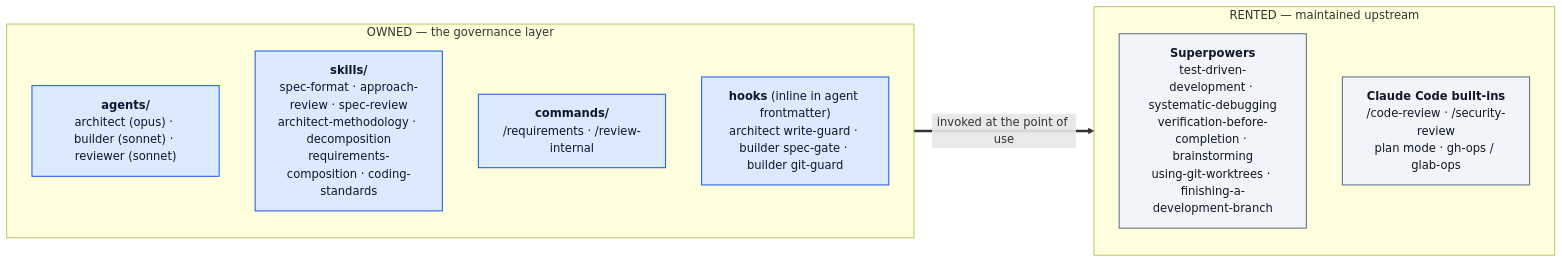
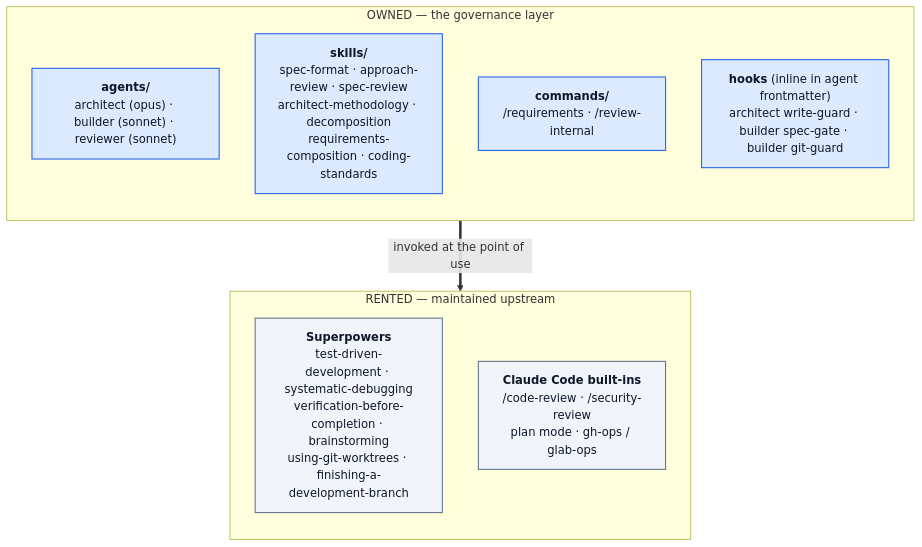
One commit to AmirAnckonina/aa-agentic-workflow changed the diagram in docs/DESIGN.md. Above: the diagram before and after it, drawn with Mermaid. The commit also changed 2 other files, not shown here.

Commit message:
Return docs diagrams to vertical — GitHub scales wide LR bands unreadably small
GitHub fits mermaid SVGs to page width, so the 2500px-wide LR bands
rendered at ~33% scale with illegible text; vertical diagrams render at
natural size. Reverted README pipeline, WORKFLOW routing, and the DESIGN
ownership map to top-down, keeping the LR round's text fixes and
compacting the layout: README drops from 1940px to 1474px tall (brief on
an edge label, /requirements beside the entry instead of above it), and
every @agent / /command mention now sits bold on its own line.

````diff
--- a/docs/DESIGN.md
+++ b/docs/DESIGN.md
@@ -44,23 +44,23 @@
 ```mermaid
-flowchart LR
+flowchart TB
     subgraph OWN["OWNED — the governance layer"]
         direction TB
         AG["<b>agents/</b><br/>architect (opus) · builder (sonnet) · reviewer (sonnet)"]
         SK["<b>skills/</b><br/>spec-format · approach-review · spec-review<br/>architect-methodology · decomposition<br/>requirements-composition · coding-standards"]
         CM["<b>commands/</b><br/>/requirements · /review-internal"]
         HK["<b>hooks</b> (inline in agent frontmatter)<br/>architect write-guard · builder spec-gate · builder git-guard"]
     end
 
     subgraph RENT["RENTED — maintained upstream"]
         direction TB
         SP["<b>Superpowers</b><br/>test-driven-development · systematic-debugging<br/>verification-before-completion · brainstorming<br/>using-git-worktrees · finishing-a-development-branch"]
         BI["<b>Claude Code built-ins</b><br/>/code-review · /security-review<br/>plan mode · gh-ops / glab-ops"]
     end
 
     OWN ==>|"invoked at the point of use"| RENT
 
     classDef own fill:#dbeafe,stroke:#2563eb,stroke-width:1.5px,color:#0f172a
     classDef rent fill:#f1f5f9,stroke:#64748b,stroke-width:1.5px,color:#0f172a
     class AG,SK,CM,HK own
     class SP,BI rent
 ```
````
